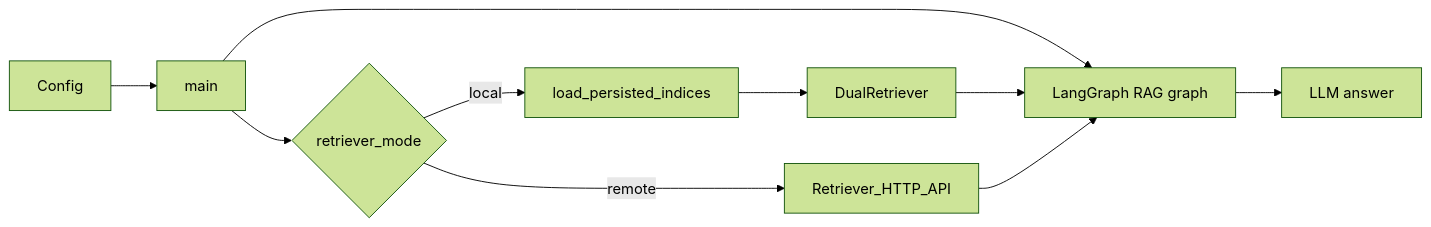
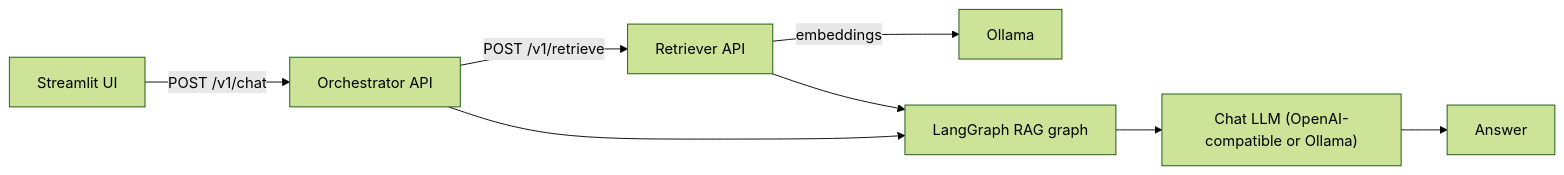
One commit to druv022/ETB-Project changed the diagram in docs/ARCHITECTURE.md. Above: the diagram before and after it, drawn with Mermaid (forest theme). The commit also changed other lines of this file and 7 other files, not shown here.

````diff
--- a/docs/ARCHITECTURE.md
+++ b/docs/ARCHITECTURE.md
@@ -78,12 +78,11 @@
 ```mermaid
 flowchart LR
-  Config[Config] --> Main[main]
-  Main --> Mode{retriever_mode}
-  Mode -->|local| LoadIndex[load_persisted_indices]
-  LoadIndex --> Retriever[DualRetriever]
-  Mode -->|remote| RetrieverAPI[Retriever_HTTP_API]
-  Main --> LangGraphRAG["LangGraph RAG graph"]
-  Retriever --> LangGraphRAG
-  RetrieverAPI --> LangGraphRAG
-  LangGraphRAG --> LLMAnswer["LLM answer"]
+  UI[Streamlit UI] -->|POST /v1/chat| Orch[Orchestrator API]
+  Orch -->|POST /v1/retrieve| Ret[Retriever API]
+  Ret -->|embeddings| Ollama[Ollama]
+
+  Orch --> RAG["LangGraph RAG graph"]
+  Ret --> RAG
+  RAG --> LLM["Chat LLM (OpenAI-compatible or Ollama)"]
+  LLM --> Answer["Answer"]
 ```
````
